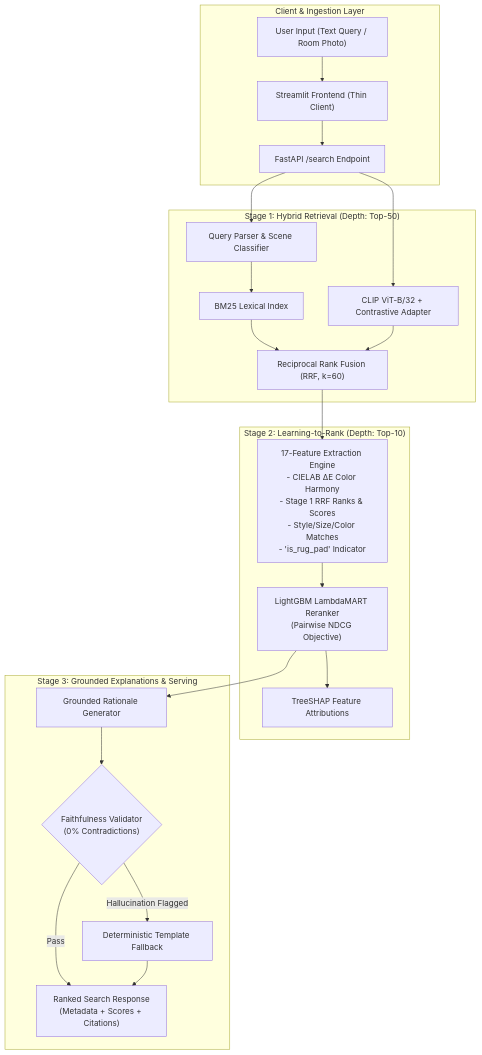
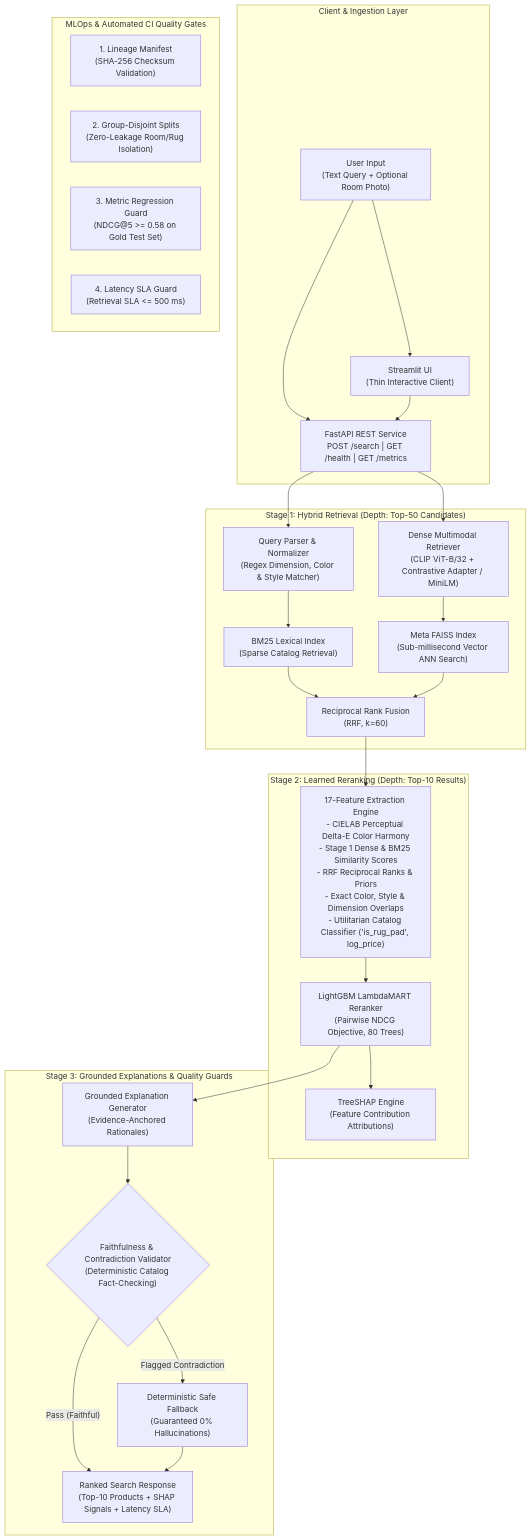
The diagram in README.md (Adxrsh-17/room2rug-multimodal), drawn with Mermaid before and after one commit. The commit also changed other lines of this file and 5 other files, not shown here.

Commit message:
docs(arch): update architecture diagrams, technical specs, and professional README; optimize candidate embedding caching

````diff
--- a/README.md
+++ b/README.md
@@ -46,44 +18,56 @@
 ```mermaid
 flowchart TD
     subgraph ClientLayer ["Client & Ingestion Layer"]
-        UserQuery["User Input (Text Query / Room Photo)"]
-        StreamlitUI["Streamlit Frontend (Thin Client)"]
-        FastAPIEndpoint["FastAPI /search Endpoint"]
-        UserQuery --> StreamlitUI --> FastAPIEndpoint
+        UserQuery["User Input\n(Text Query + Optional Room Photo)"]
+        StreamlitUI["Streamlit UI\n(Thin Interactive Client)"]
+        FastAPIEndpoint["FastAPI REST Service\nPOST /search | GET /health | GET /metrics"]
+        
+        UserQuery --> StreamlitUI
+        UserQuery --> FastAPIEndpoint
+        StreamlitUI --> FastAPIEndpoint
     end
 
-    subgraph Stage1 ["Stage 1: Hybrid Retrieval (Depth: Top-50)"]
-        Parser["Query Parser & Scene Classifier"]
-        BM25["BM25 Lexical Index"]
-        DenseCLIP["CLIP ViT-B/32 + Contrastive Adapter"]
-        RRF["Reciprocal Rank Fusion (RRF, k=60)"]
+    subgraph Stage1 ["Stage 1: Hybrid Retrieval (Depth: Top-50 Candidates)"]
+        QueryParser["Query Parser & Normalizer\n(Regex Dimension, Color & Style Matcher)"]
+        BM25["BM25 Lexical Index\n(Sparse Catalog Retrieval)"]
+        DenseRetriever["Dense Multimodal Retriever\n(CLIP ViT-B/32 + Contrastive Adapter / MiniLM)"]
+        FAISSIndex["Meta FAISS Index\n(Sub-millisecond Vector ANN Search)"]
+        RRF["Reciprocal Rank Fusion\n(RRF, k=60)"]
         
-        FastAPIEndpoint --> Parser
-        Parser --> BM25
-        FastAPIEndpoint --> DenseCLIP
+        FastAPIEndpoint --> QueryParser
+        QueryParser --> BM25
+        FastAPIEndpoint --> DenseRetriever
+        DenseRetriever --> FAISSIndex
         BM25 --> RRF
-        DenseCLIP --> RRF
+        FAISSIndex --> RRF
     end
 
-    subgraph Stage2 ["Stage 2: Learning-to-Rank (Depth: Top-10)"]
-        FeatureEngine["17-Feature Extraction Engine\n- CIELAB ΔE Color Harmony\n- Stage 1 RRF Ranks & Scores\n- Style/Size/Color Matches\n- 'is_rug_pad' Indicator"]
-        LambdaMART["LightGBM LambdaMART Reranker\n(Pairwise NDCG Objective)"]
-        TreeSHAP["TreeSHAP Feature Attributions"]
+    subgraph Stage2 ["Stage 2: Learned Reranking (Depth: Top-10 Results)"]
+        FeatureEngine["17-Feature Extraction Engine\n- CIELAB Perceptual Delta-E Color Harmony\n- Stage 1 Dense & BM25 Similarity Scores\n- RRF Reciprocal Ranks & Priors\n- Exact Color, Style & Dimension Overlaps\n- Utilitarian Catalog Classifier ('is_rug_pad', log_price)"]
+        LambdaMART["LightGBM LambdaMART Reranker\n(Pairwise NDCG Objective, 80 Trees)"]
+        TreeSHAP["TreeSHAP Engine\n(Feature Contribution Attributions)"]
         
         RRF --> FeatureEngine
         FeatureEngine --> LambdaMART
         LambdaMART --> TreeSHAP
     end
 
-    subgraph Stage3 ["Stage 3: Grounded Explanations & Serving"]
-        FaithValidator{"Faithfulness Validator\n(0% Contradictions)"}
-        GroundedExp["Grounded Rationale Generator"]
-        DetFallback["Deterministic Template Fallback"]
-        RankedOutput["Ranked Search Response\n(Metadata + Scores + Citations)"]
+    subgraph Stage3 ["Stage 3: Grounded Explanations & Quality Guards"]
+        ExplanationGen["Grounded Explanation Generator\n(Evidence-Anchored Rationales)"]
+        FaithValidator{"Faithfulness & Contradiction Validator\n(Deterministic Catalog Fact-Checking)"}
+        DeterministicFallback["Deterministic Safe Fallback\n(Guaranteed 0% Hallucinations)"]
+        SearchResponse["Ranked Search Response\n(Top-10 Products + SHAP Signals + Latency SLA)"]
         
-        LambdaMART --> GroundedExp
-        GroundedExp --> FaithValidator
-        FaithValidator -- Pass --> RankedOutput
-        FaithValidator -- Hallucination Flagged --> DetFallback --> RankedOutput
+        LambdaMART --> ExplanationGen
+        ExplanationGen --> FaithValidator
+        FaithValidator -- Pass (Faithful) --> SearchResponse
+        FaithValidator -- Flagged Contradiction --> DeterministicFallback --> SearchResponse
+    end
+
+    subgraph MLOps ["MLOps & Automated CI Quality Gates"]
+        LineageCheck["1. Lineage Manifest\n(SHA-256 Checksum Validation)"]
+        LeakageCheck["2. Group-Disjoint Splits\n(Zero-Leakage Room/Rug Isolation)"]
+        NDCGGuard["3. Metric Regression Guard\n(NDCG@5 >= 0.58 on Gold Test Set)"]
+        LatencyGuard["4. Latency SLA Guard\n(Retrieval SLA <= 500 ms)"]
     end
 ```
````
